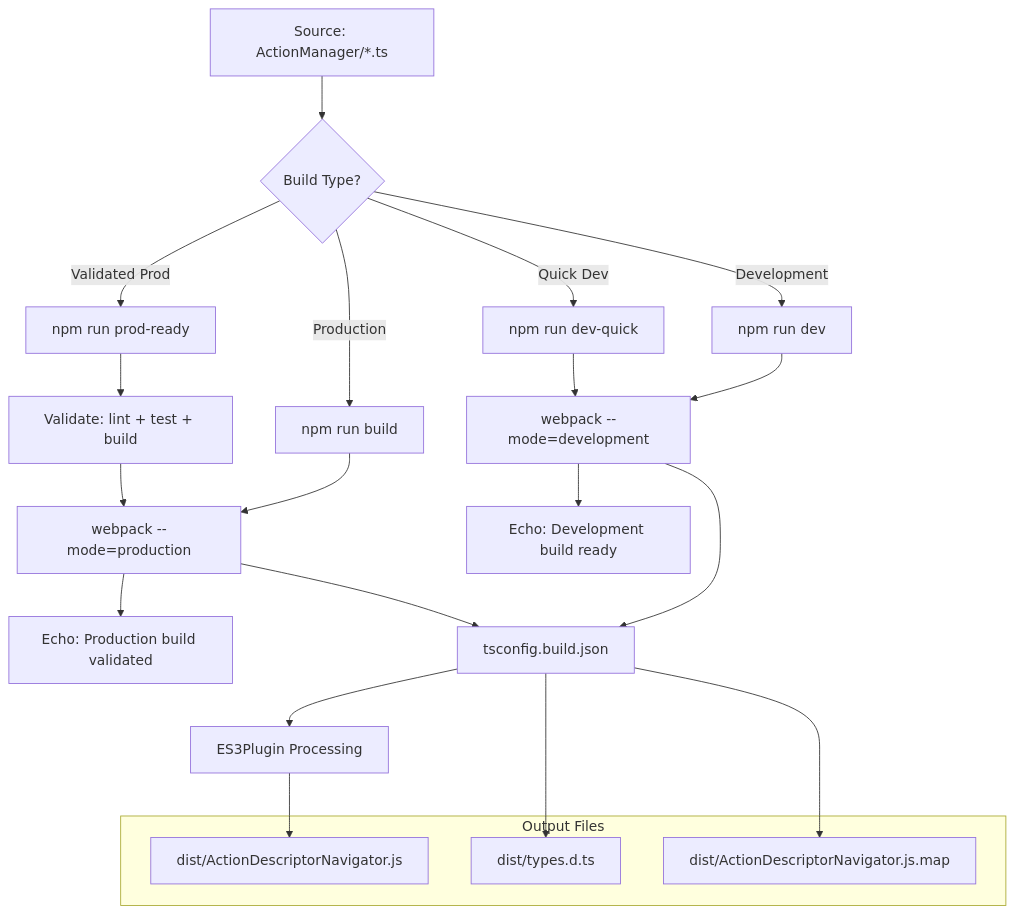
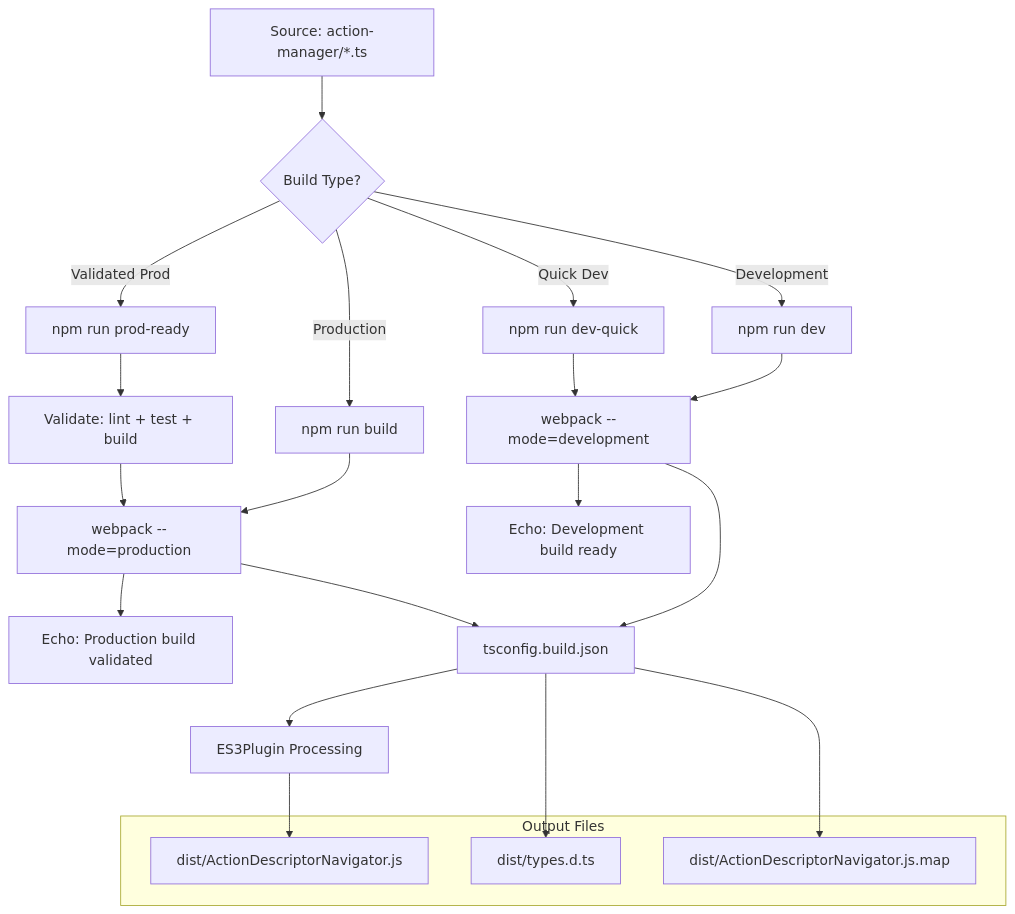
One commit to Candiman421/AmNav changed the second of 5 diagrams in BUILD_GUIDE_README.md. Above: the diagram before and after it, drawn with Mermaid. The commit also changed other lines of this file and 5 other files, not shown here.

Commit message:
fixed project wide ActionManager to action-manager

````diff
--- a/BUILD_GUIDE_README.md
+++ b/BUILD_GUIDE_README.md
@@ -106,28 +106,28 @@
 ```mermaid
 flowchart TD
-    A[Source: ActionManager/*.ts] --> B{Build Type?}
+    A[Source: action-manager/*.ts] --> B{Build Type?}
     
     B -->|Development| C[npm run dev]
     B -->|Production| D[npm run build]
     B -->|Quick Dev| E[npm run dev-quick]
     B -->|Validated Prod| F[npm run prod-ready]
     
     C --> G[webpack --mode=development]
     D --> H[webpack --mode=production]
     E --> G --> I[Echo: Development build ready]
     F --> J[Validate: lint + test + build] --> H --> K[Echo: Production build validated]
     
     G --> L[tsconfig.build.json]
     H --> L
     L --> M[ES3Plugin Processing]
     M --> N[dist/ActionDescriptorNavigator.js]
     
     subgraph "Output Files"
         N
         O[dist/types.d.ts]
         P[dist/ActionDescriptorNavigator.js.map]
     end
     
     L --> O
     L --> P
 ```
````
